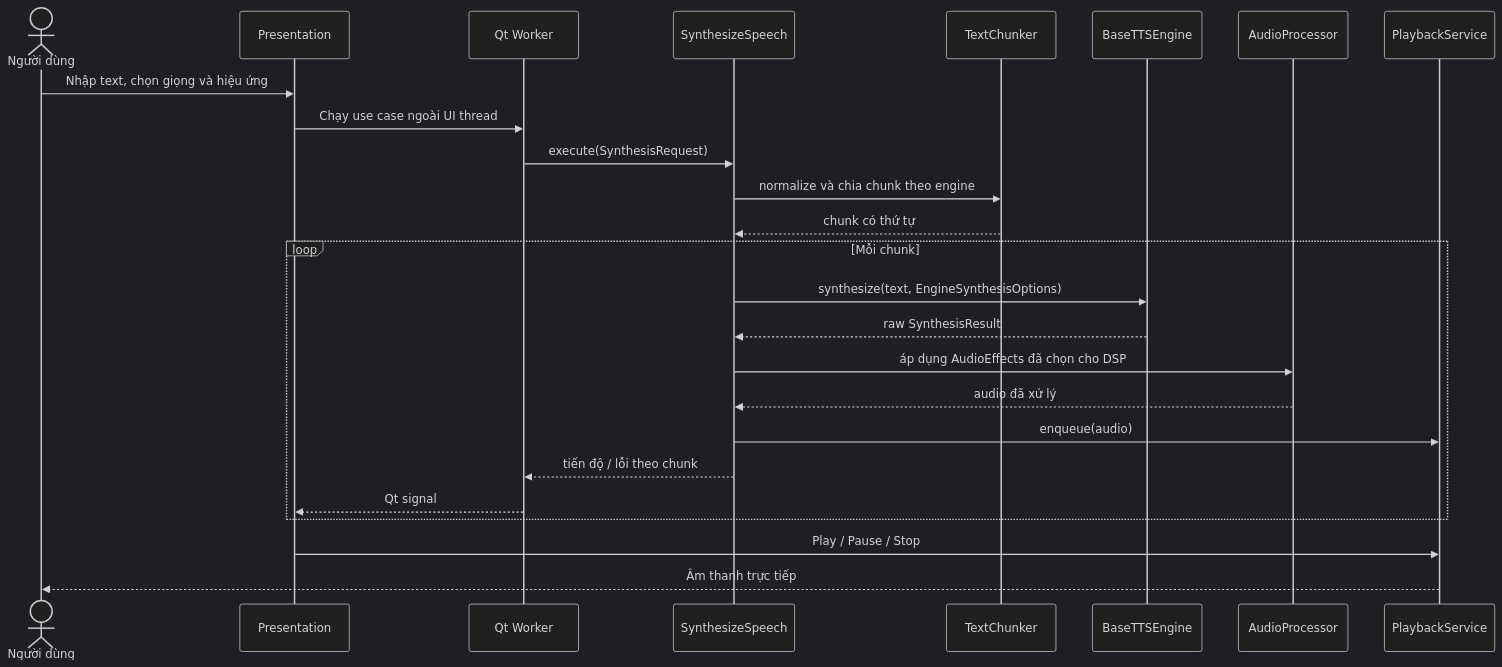
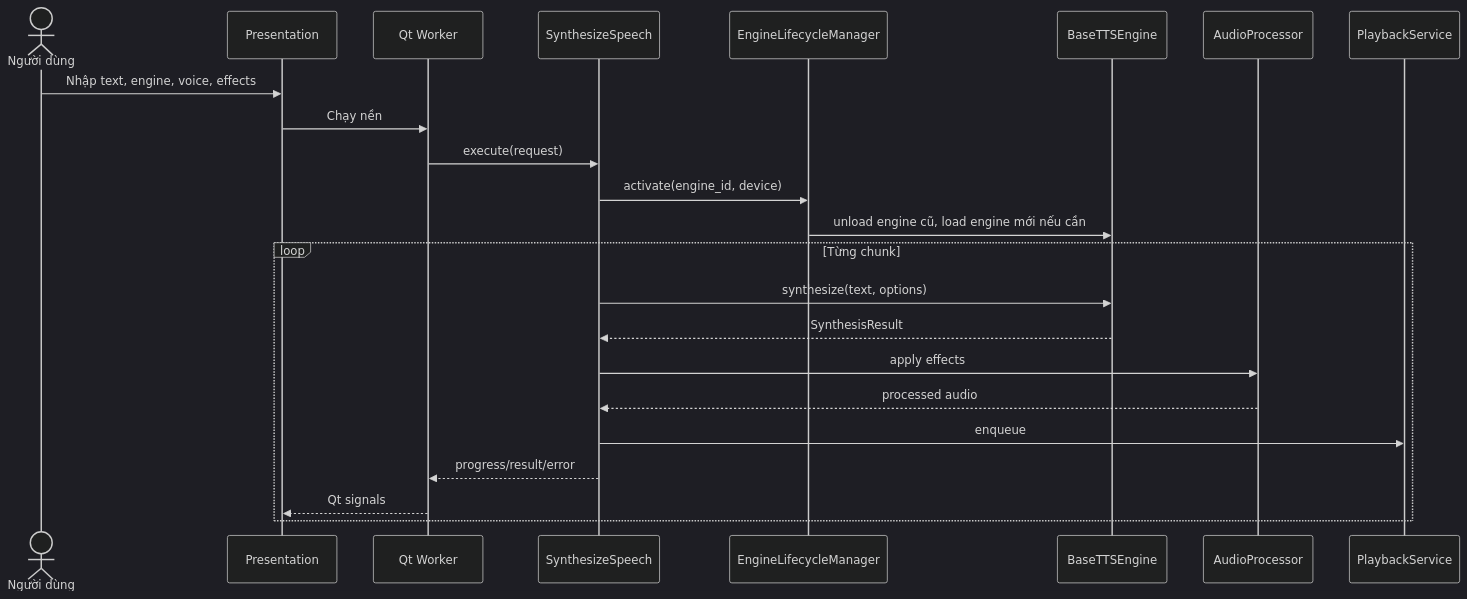
The second of 2 diagrams in docs/ARCHITECTURE.md (tuwns05/TTS), drawn with Mermaid (dark theme) before and after one commit. The commit also changed other lines of this file and 39 other files, not shown here.

````diff
--- a/docs/ARCHITECTURE.md
+++ b/docs/ARCHITECTURE.md
@@ -240,28 +163,26 @@
 ```mermaid
 sequenceDiagram
     actor U as Người dùng
-    participant P as Presentation
+    participant UI as Presentation
     participant W as Qt Worker
     participant UC as SynthesizeSpeech
-    participant C as TextChunker
+    participant L as EngineLifecycleManager
     participant E as BaseTTSEngine
-    participant D as AudioProcessor
-    participant Q as PlaybackService
+    participant DSP as AudioProcessor
+    participant P as PlaybackService
 
-    U->>P: Nhập text, chọn giọng và hiệu ứng
-    P->>W: Chạy use case ngoài UI thread
-    W->>UC: execute(SynthesisRequest)
-    UC->>C: normalize và chia chunk theo engine
-    C-->>UC: chunk có thứ tự
-    loop Mỗi chunk
-        UC->>E: synthesize(text, EngineSynthesisOptions)
-        E-->>UC: raw SynthesisResult
-        UC->>D: áp dụng AudioEffects đã chọn cho DSP
-        D-->>UC: audio đã xử lý
-        UC->>Q: enqueue(audio)
-        UC-->>W: tiến độ / lỗi theo chunk
-        W-->>P: Qt signal
+    U->>UI: Nhập text, engine, voice, effects
+    UI->>W: Chạy nền
+    W->>UC: execute(request)
+    UC->>L: activate(engine_id, device)
+    L->>E: unload engine cũ, load engine mới nếu cần
+    loop Từng chunk
+        UC->>E: synthesize(text, options)
+        E-->>UC: SynthesisResult
+        UC->>DSP: apply effects
+        DSP-->>UC: processed audio
+        UC->>P: enqueue
+        UC-->>W: progress/result/error
+        W-->>UI: Qt signals
     end
-    P->>Q: Play / Pause / Stop
-    Q-->>U: Âm thanh trực tiếp
 ```
````
